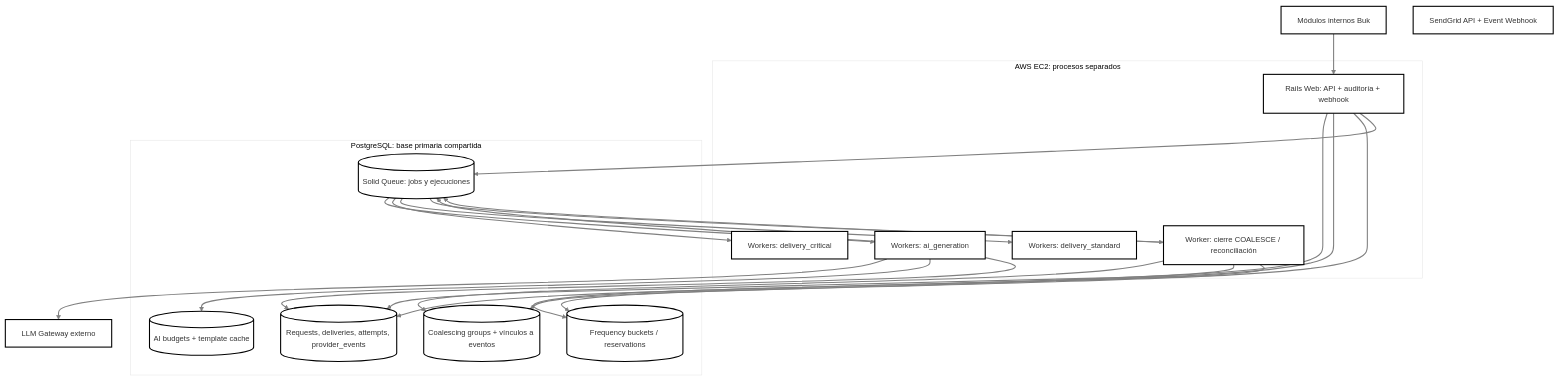
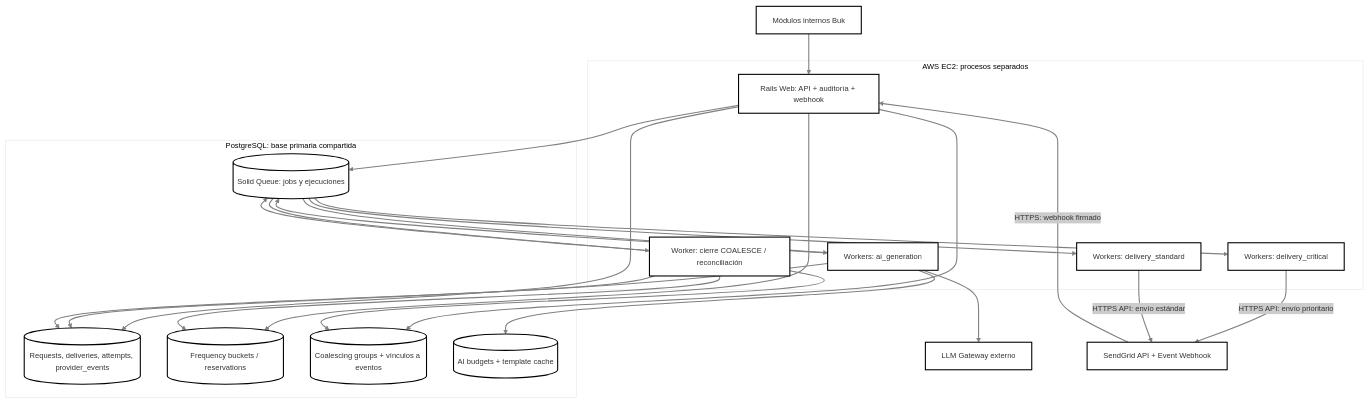
Before and after one commit to natha9404/codespaces-rails: the diagram in app/assets/images/infraestructura.mmd, drawn with Mermaid.

Commit message:
Add priority and standard HTTPS API links

```diff
--- a/app/assets/images/infraestructura.mmd
+++ b/app/assets/images/infraestructura.mmd
@@ -1,41 +1,44 @@
 ---
 config:
   theme: neo
 ---
 flowchart TB
   Producers["Módulos internos Buk"]
   subgraph EC2["AWS EC2: procesos separados"]
     Web["Rails Web: API + auditoría + webhook"]
     AI["Workers: ai_generation"]
     Critical["Workers: delivery_critical"]
     Standard["Workers: delivery_standard"]
     Close["Worker: cierre COALESCE / reconciliación"]
   end
   subgraph PG["PostgreSQL: base primaria compartida"]
     Business[("Requests, deliveries, attempts, provider_events")]
     Policy[("Frequency buckets / reservations")]
     Groups[("Coalescing groups + vínculos a eventos")]
     AIData[("AI budgets + template cache")]
     SQ[("Solid Queue: jobs y ejecuciones")]
   end
   LLM["LLM Gateway externo"]
   SG["SendGrid API + Event Webhook"]
   Producers --> Web
   Web --> Business
   Web --> Policy
   Web --> Groups
   Web --> SQ
   SQ --> AI
   SQ --> Critical
   SQ --> Standard
   SQ --> Close
   AI --> LLM
   AI --> AIData
   AI --> Business
   AI --> SQ
   Close --> Groups
   Close --> Business
   Close --> Policy
   Close --> SQ
-
+  Critical -->|"HTTPS API: envío prioritario"| SG
+  Standard -->|"HTTPS API: envío estándar"| SG
+  SG -->|"HTTPS: webhook firmado"| Web
+  
   linkStyle default stroke:#808080
```
